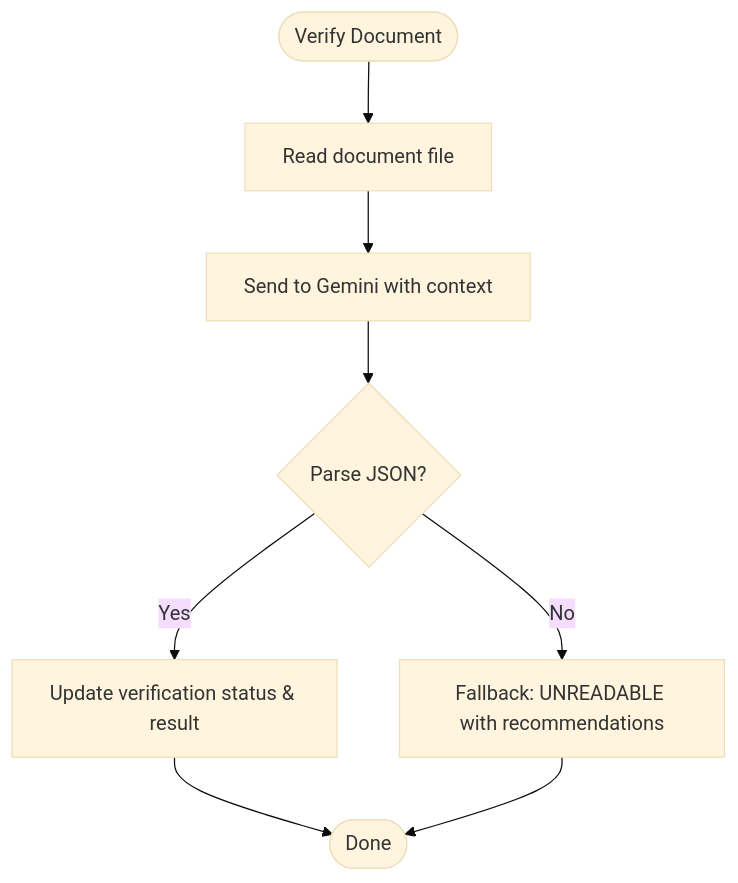
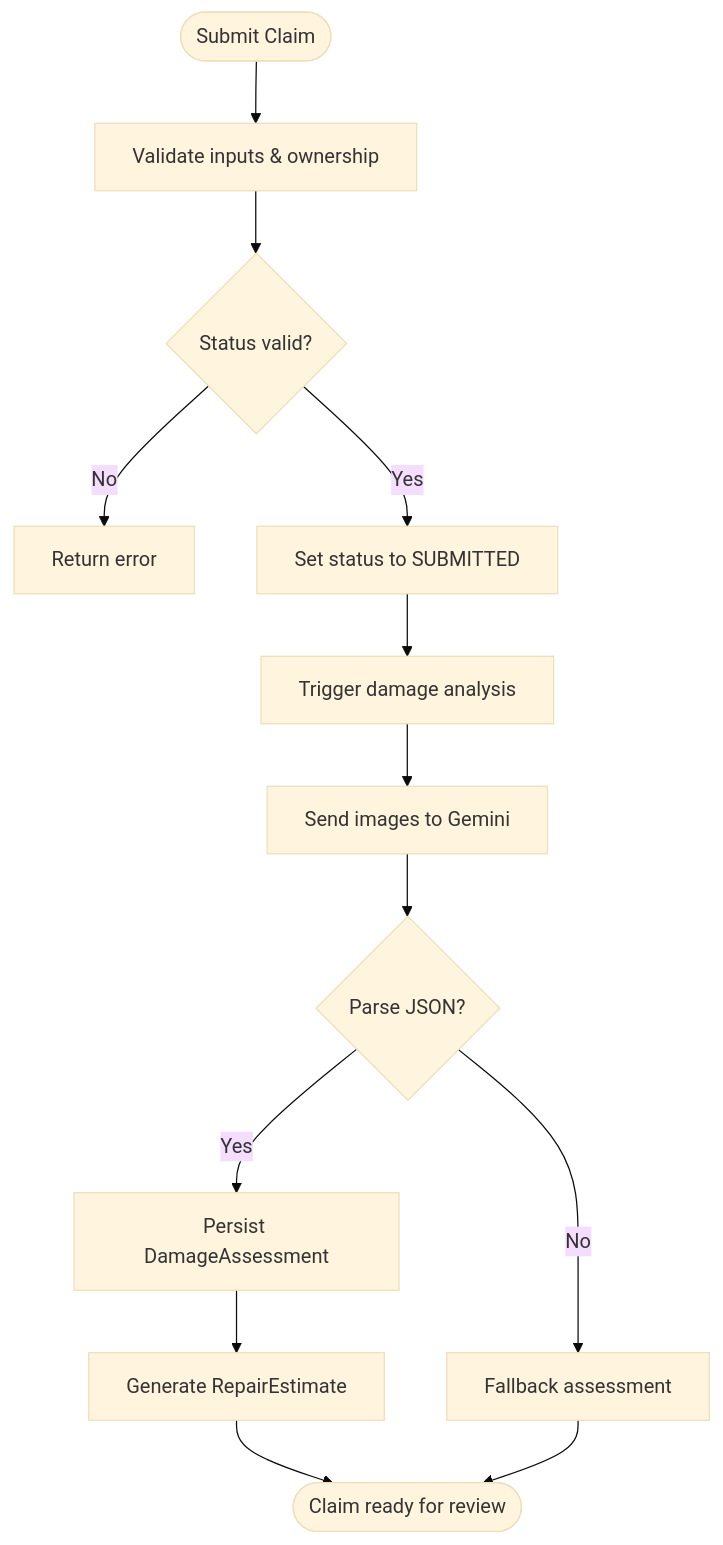
The fourth of 6 diagrams in .qoder/repowiki/en/content/Project Overview.md (NaveenHiranya/Smart-Vehicle-Insurance-Claim-System), drawn with Mermaid (base theme) before and after one commit. The commit also changed other lines of this file and 183 other files, not shown here.

````diff
--- a/.qoder/repowiki/en/content/Project Overview.md
+++ b/.qoder/repowiki/en/content/Project Overview.md
@@ -222,10 +200,15 @@
 ```mermaid
 flowchart TD
-Start(["Verify Document"]) --> ReadFile["Read document file"]
-ReadFile --> SendToAI["Send to Gemini with context"]
-SendToAI --> ParseJSON{"Parse JSON?"}
-ParseJSON --> |Yes| UpdateStatus["Update verification status & result"]
-ParseJSON --> |No| Fallback["Fallback: UNREADABLE with recommendations"]
-UpdateStatus --> End(["Done"])
-Fallback --> End
+Start(["Submit Claim"]) --> Validate["Validate inputs & ownership"]
+Validate --> StatusUpdate{"Status valid?"}
+StatusUpdate --> |No| Error["Return error"]
+StatusUpdate --> |Yes| SetSubmitted["Set status to SUBMITTED"]
+SetSubmitted --> TriggerAI["Trigger damage analysis"]
+TriggerAI --> GeminiCall["Send images to Gemini"]
+GeminiCall --> ParseJSON{"Parse JSON?"}
+ParseJSON --> |No| Fallback["Fallback assessment"]
+ParseJSON --> |Yes| Persist["Persist DamageAssessment"]
+Persist --> Estimate["Generate RepairEstimate"]
+Estimate --> Done(["Claim ready for review"])
+Fallback --> Done
 ```
````
